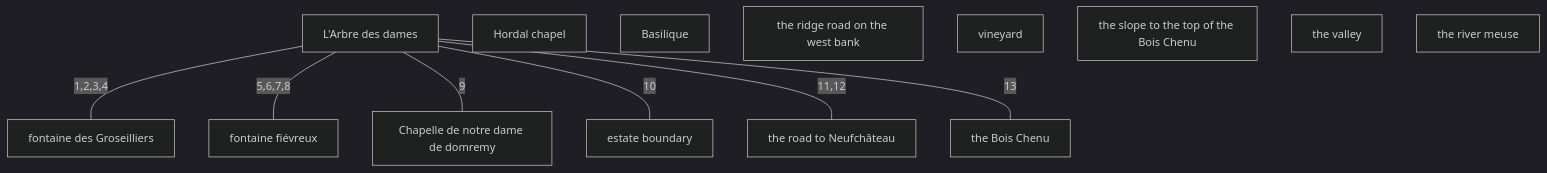
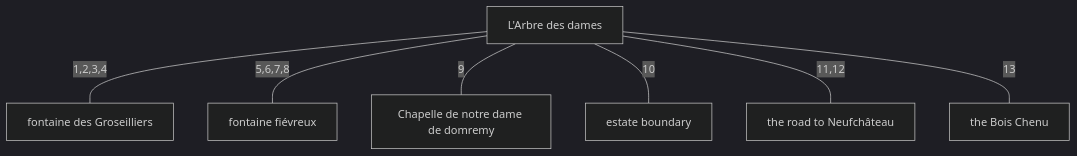
One commit to kitty-catt/the-location-of-the-arbre-des-dames-and-the-spring-of-joan-of-arc changed the diagram in breakout/combined.md. Above: the diagram before and after it, drawn with Mermaid (dark theme). The commit also changed other lines of this file and 1 other file, not shown here.

````diff
--- a/breakout/combined.md
+++ b/breakout/combined.md
@@ -14,24 +17,17 @@
 ```mermaid
 graph TD
     N1["L'Arbre des dames"]
     N2["Chapelle de notre dame de domremy"]
-    N3["Hordal chapel"]
-    N4["Basilique"]
     N5["fontaine fiévreux"]
     N6["fontaine des Groseilliers"]
     N7["the road to Neufchâteau"]
-    N8["the ridge road on the west bank"]
-    N9["vineyard"]
     N10["estate boundary"]
     N11["the Bois Chenu"]
-    N12["the slope to the top of the Bois Chenu"]
-    N13["the valley"]
-    N14["the river meuse"]
 
     N1 -- "1,2,3,4" --- N6
     N1 -- "5,6,7,8" --- N5
     N1 -- "9" --- N2
     N1 -- "10" --- N10
     N1 -- "11,12" --- N7
     N1 -- "13" --- N11
 ```
````
